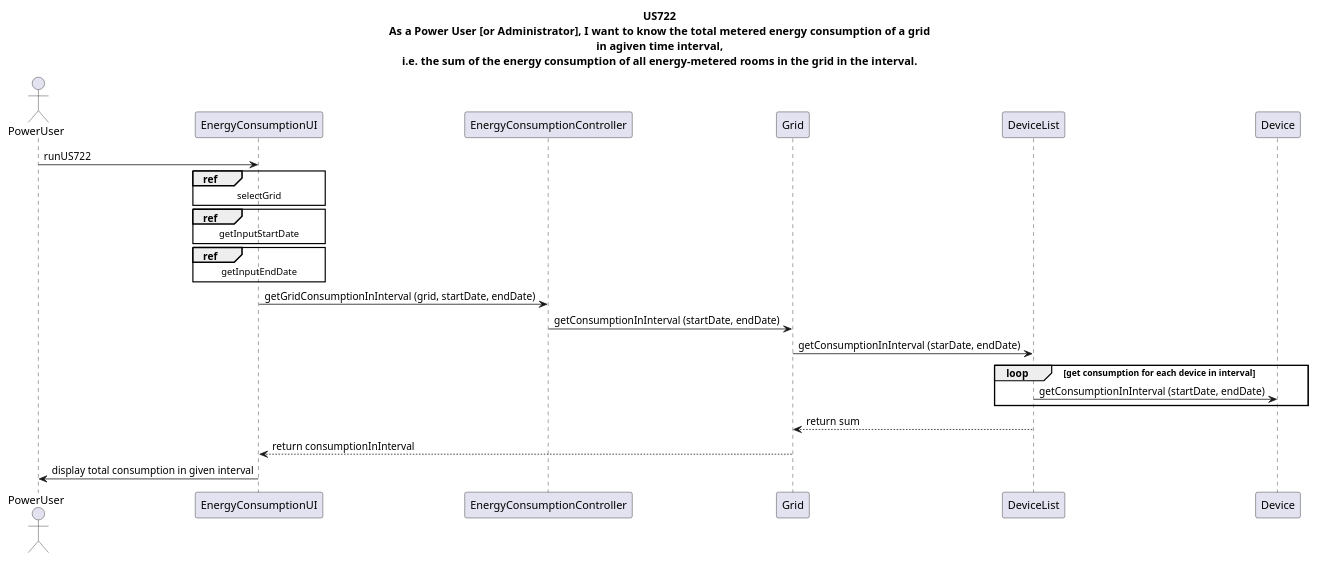
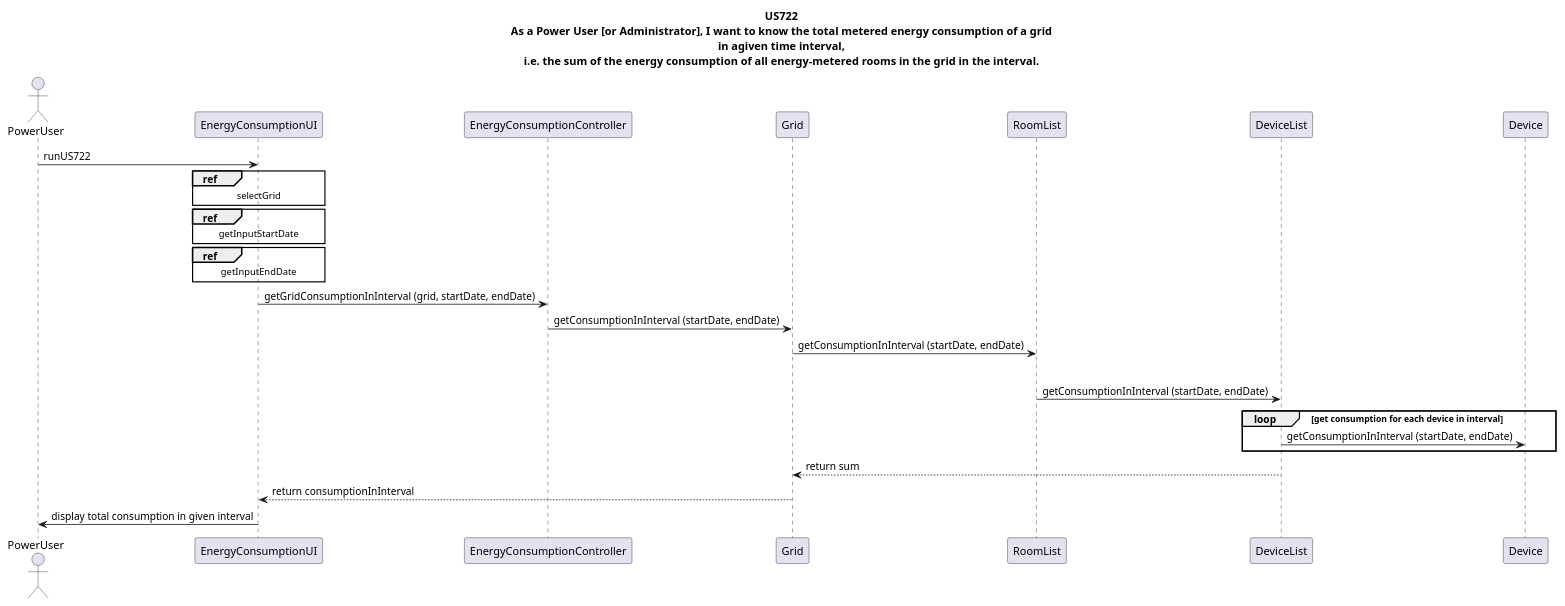
Before and after one commit to Almadanmp/project: the diagram in uml/US722/US722.puml, drawn with PlantUML.

Commit message:
#102 Uml added missing loop

```diff
--- a/uml/US722/US722.puml
+++ b/uml/US722/US722.puml
@@ -1,23 +1,25 @@
 @startuml
 title US722\nAs a Power User [or Administrator], I want to know the total metered energy consumption of a grid\nin agiven time interval,\ni.e. the sum of the energy consumption of all energy-metered rooms in the grid in the interval.
 actor PowerUser
 PowerUser -> EnergyConsumptionUI: runUS722
 ref over EnergyConsumptionUI
 selectGrid
 end ref
 ref over EnergyConsumptionUI
 getInputStartDate
 end ref
 ref over EnergyConsumptionUI
 getInputEndDate
 end ref
 EnergyConsumptionUI -> EnergyConsumptionController: getGridConsumptionInInterval (grid, startDate, endDate)
 EnergyConsumptionController -> Grid: getConsumptionInInterval (startDate, endDate)
-Grid -> DeviceList: getConsumptionInInterval (starDate, endDate)
+Grid -> RoomList: getConsumptionInInterval (startDate, endDate)
+loop get consumption for each room
+RoomList -> DeviceList: getConsumptionInInterval (startDate, endDate)
 loop get consumption for each device in interval
 DeviceList -> Device: getConsumptionInInterval (startDate, endDate)
 end
 DeviceList --> Grid: return sum
 Grid --> EnergyConsumptionUI: return consumptionInInterval
 EnergyConsumptionUI -> PowerUser: display total consumption in given interval
 @enduml
```
